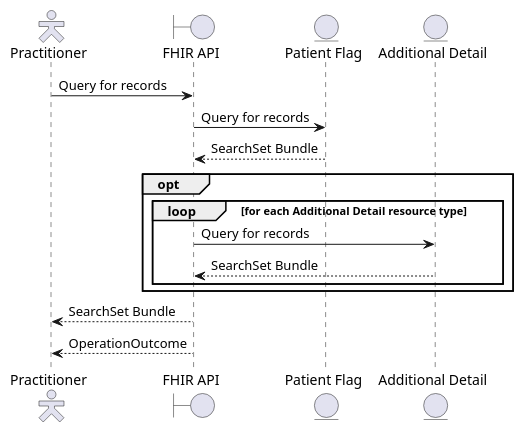
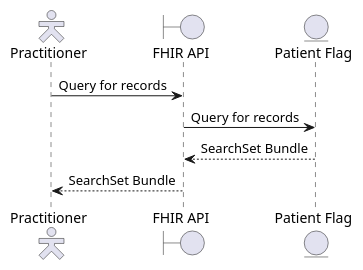
Before and after one commit to NHSDigital/ra-sandbox: the diagram in input/images-source/retrieve-pf-record-sequence.plantuml, drawn with PlantUML. The commit also changed 9 other files, not shown here.

```diff
--- a/input/images-source/retrieve-pf-record-sequence.plantuml
+++ b/input/images-source/retrieve-pf-record-sequence.plantuml
@@ -1,22 +1,14 @@
 @startuml
 
 skinparam actorStyle hollow
 
 actor        "Practitioner"     as pra
 boundary  "FHIR API"         as api
 entity       "Patient Flag"     as pfg
-entity       "Additional Detail"  as add
 
 pra ->  api : Query for records
 api ->  pfg : Query for records
 api <-- pfg : SearchSet Bundle
-opt
-  loop for each Additional Detail resource type
-  api ->  add : Query for records
-  api <-- add : SearchSet Bundle
-  end
-end
 pra <-- api : SearchSet Bundle
-pra <-- api : OperationOutcome
 
 @enduml
```
